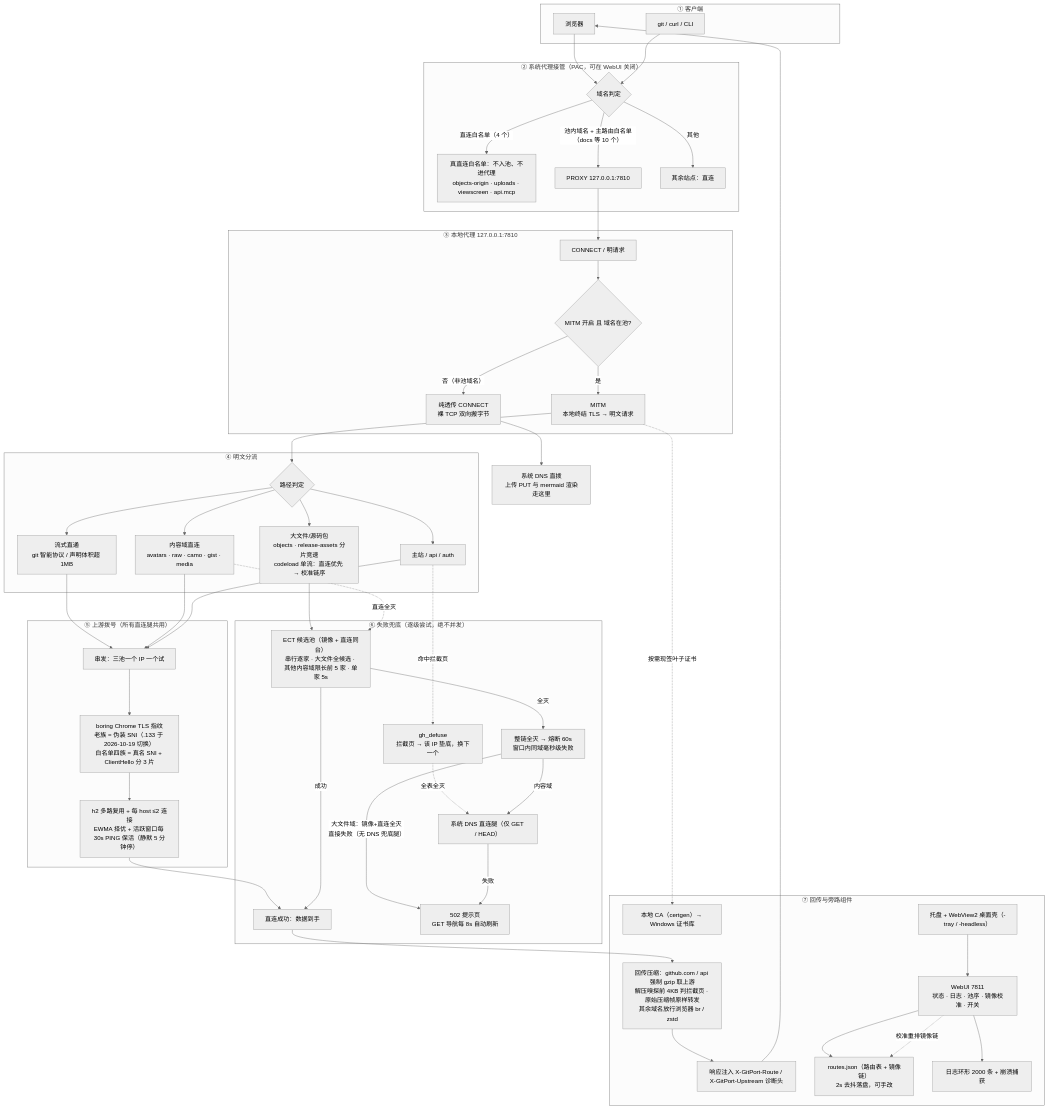
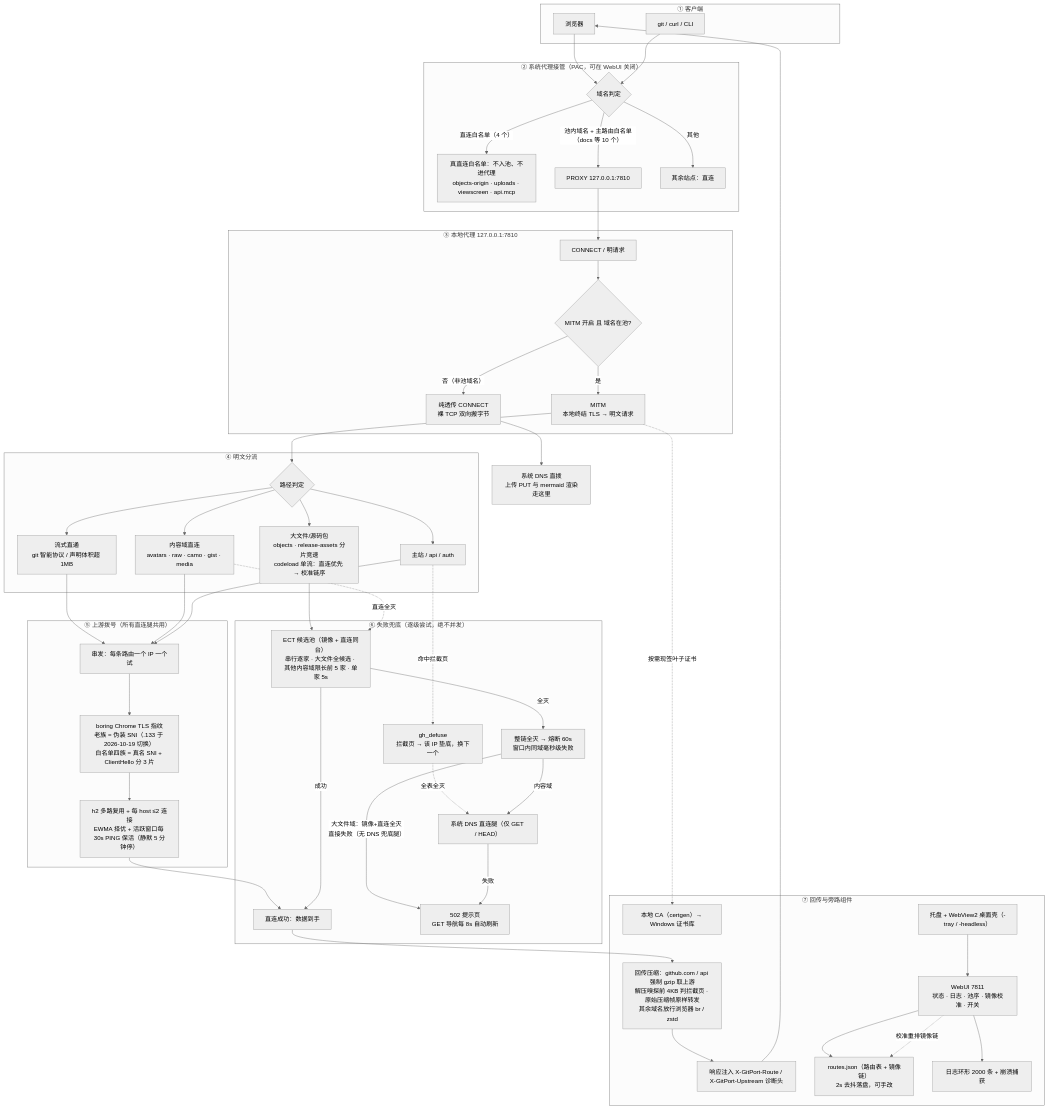
Before and after one commit to zhidian-cmd/gitport-github: the first of 2 diagrams in docs/ARCHITECTURE.md, drawn with Mermaid (neutral theme). The commit also changed other lines of this file and 16 other files, not shown here.

```diff
--- a/docs/ARCHITECTURE.md
+++ b/docs/ARCHITECTURE.md
@@ -43,7 +43,7 @@
     Q --> S3
     Q --> S4
     subgraph L5["⑤ 上游拨号（所有直连腿共用）"]
-        D1["串发：三池一个 IP 一个试"]
+        D1["串发：每条路由一个 IP 一个试"]
         T1["boring Chrome TLS 指纹<br/>老族 = 伪装 SNI（.133 于 2026-10-19 切换）<br/>白名单四族 = 真名 SNI + ClientHello 分 3 片"]
         H1["h2 多路复用 + 每 host ≤2 连接<br/>EWMA 择优 + 活跃窗口每 30s PING 保活（静默 5 分钟停）"]
     end
```
